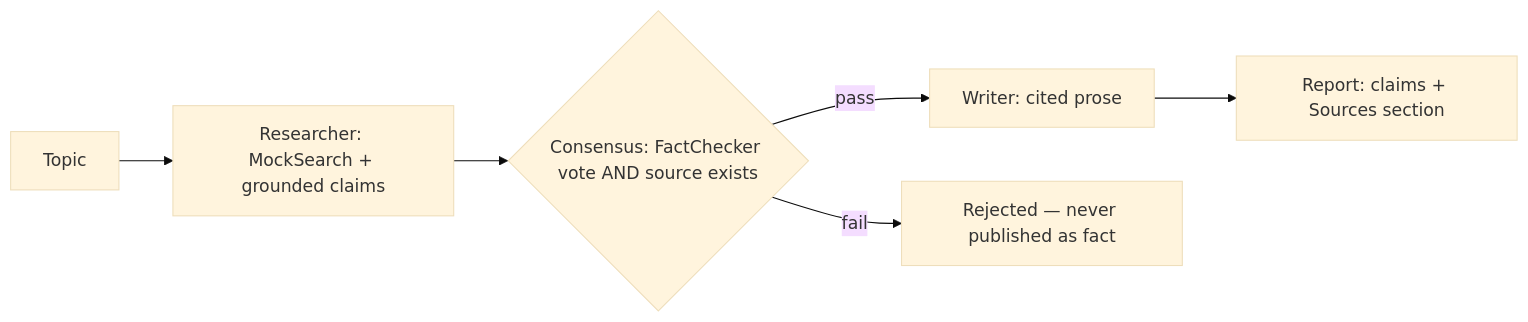
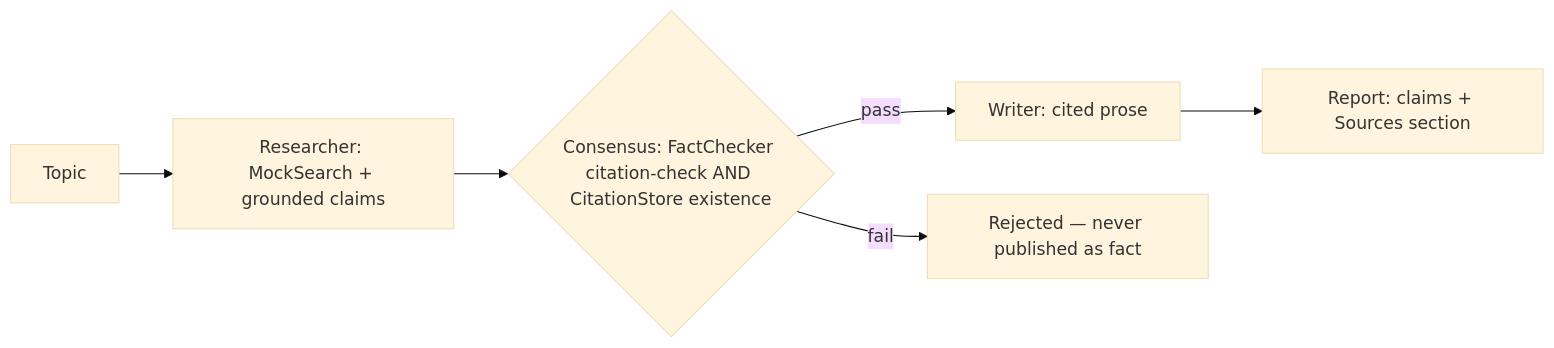
One commit to lionelsimai/multi-agent-research-desk changed the diagram in docs/ARCHITECTURE.md. Above: the diagram before and after it, drawn with Mermaid (base theme). The commit also changed other lines of this file and 10 other files, not shown here.

Commit message:
v0.1.1 — world-class remediation: no-source fallback removed, number-aware checks, independent consensus

````diff
--- a/docs/ARCHITECTURE.md
+++ b/docs/ARCHITECTURE.md
@@ -3,8 +3,8 @@
 ```mermaid
 flowchart LR
   T[Topic] --> R[Researcher: MockSearch + grounded claims]
-  R --> C{Consensus: FactChecker vote AND source exists}
+  R --> C{Consensus: FactChecker citation-check AND CitationStore existence}
   C -->|pass| W[Writer: cited prose]
   C -->|fail| X[Rejected — never published as fact]
   W --> P[Report: claims + Sources section]
 ```
````
